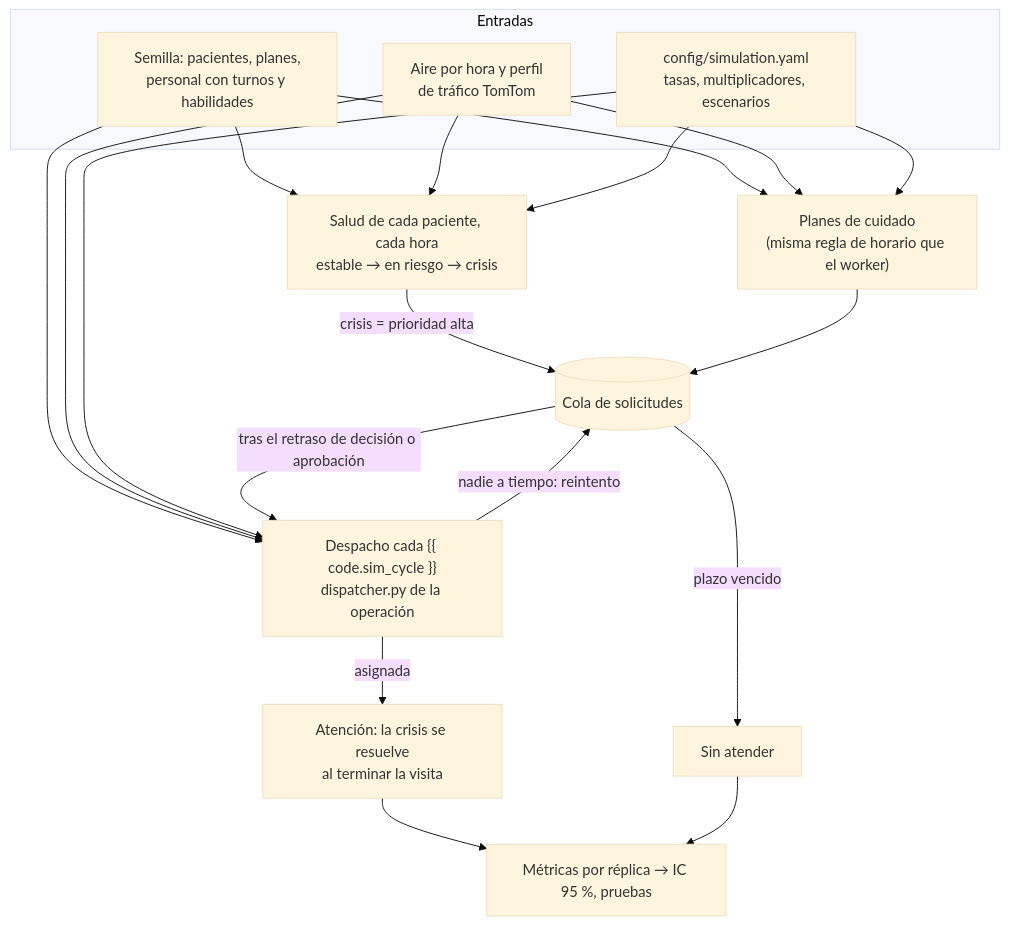
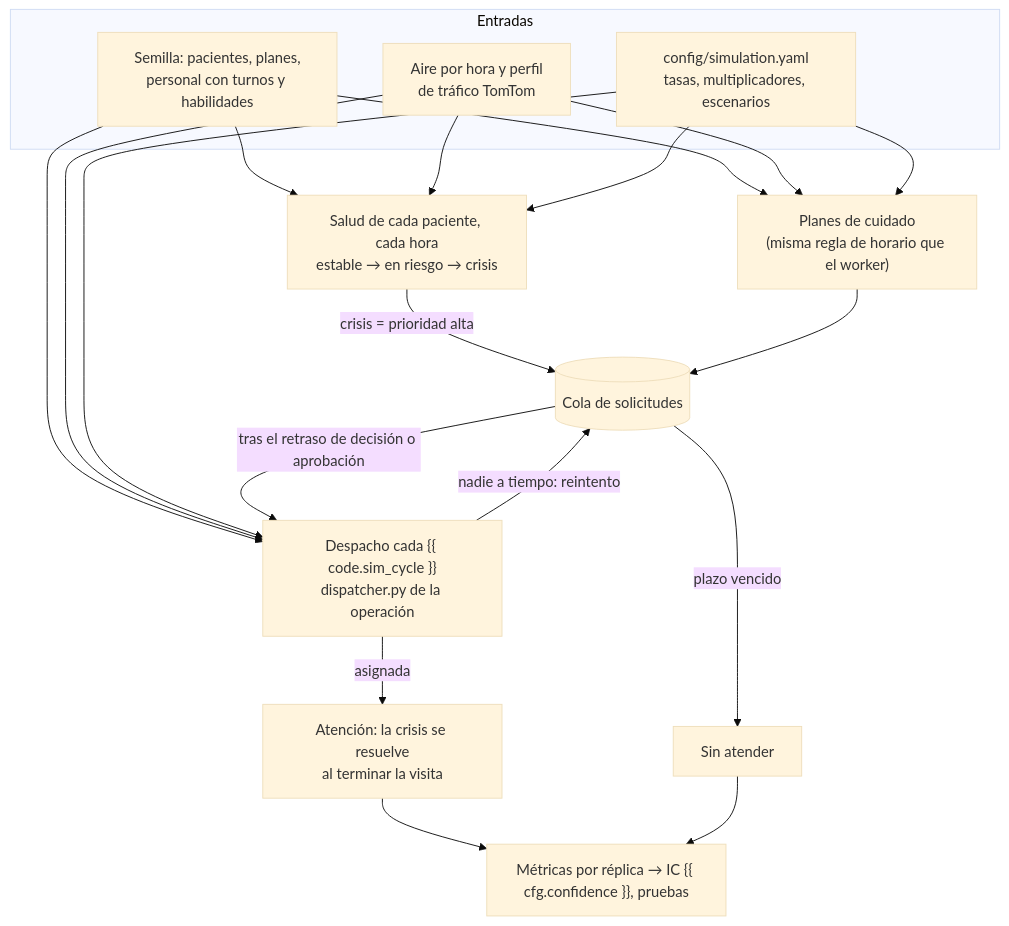
Before and after one commit to daviddzd/vela: the first of 2 diagrams in docs/biblia/parte2/09_sirag_d.md, drawn with Mermaid (base theme). The commit also changed other lines of this file and 20 other files, not shown here.

````diff
--- a/docs/biblia/parte2/09_sirag_d.md
+++ b/docs/biblia/parte2/09_sirag_d.md
@@ -43,23 +43,23 @@
 ```mermaid
 flowchart TB
   subgraph Entradas
     S["Semilla: pacientes, planes,<br/>personal con turnos y habilidades"]
     A["Aire por hora y perfil<br/>de tráfico TomTom"]
     Y["config/simulation.yaml<br/>tasas, multiplicadores, escenarios"]
   end
   H["Salud de cada paciente, cada hora<br/>estable → en riesgo → crisis"]
   P["Planes de cuidado<br/>(misma regla de horario que el worker)"]
   Q[("Cola de solicitudes")]
   D["Despacho cada {{ code.sim_cycle }}<br/>dispatcher.py de la operación"]
   R["Atención: la crisis se resuelve<br/>al terminar la visita"]
   U["Sin atender"]
-  M["Métricas por réplica → IC 95 %, pruebas"]
+  M["Métricas por réplica → IC {{ cfg.confidence }}, pruebas"]
   S & A & Y --> H & P & D
   H -- "crisis = prioridad alta" --> Q
   P --> Q
   Q -- "tras el retraso de decisión o aprobación" --> D
   D -- "asignada" --> R
   D -- "nadie a tiempo: reintento" --> Q
   Q -- "plazo vencido" --> U
   R & U --> M
 ```
````
